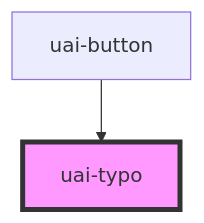
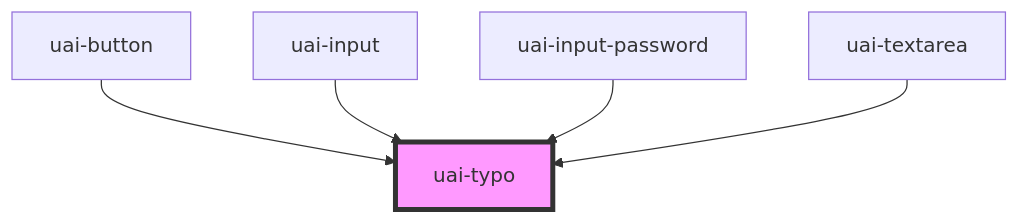
One commit to takenet/blip-ds changed the diagram in src/components/uai-typo/readme.md. Above: the diagram before and after it, drawn with Mermaid. The commit also changed other lines of this file and 36 other files, not shown here.

First line of the commit message:
feat(uai-input): add uai-input, uai-textarea and uai-input-password

````diff
--- a/src/components/uai-typo/readme.md
+++ b/src/components/uai-typo/readme.md
@@ -50,5 +53,8 @@
 ```mermaid
 graph TD;
   uai-button --> uai-typo
+  uai-input --> uai-typo
+  uai-input-password --> uai-typo
+  uai-textarea --> uai-typo
   style uai-typo fill:#f9f,stroke:#333,stroke-width:4px
 ```
````
